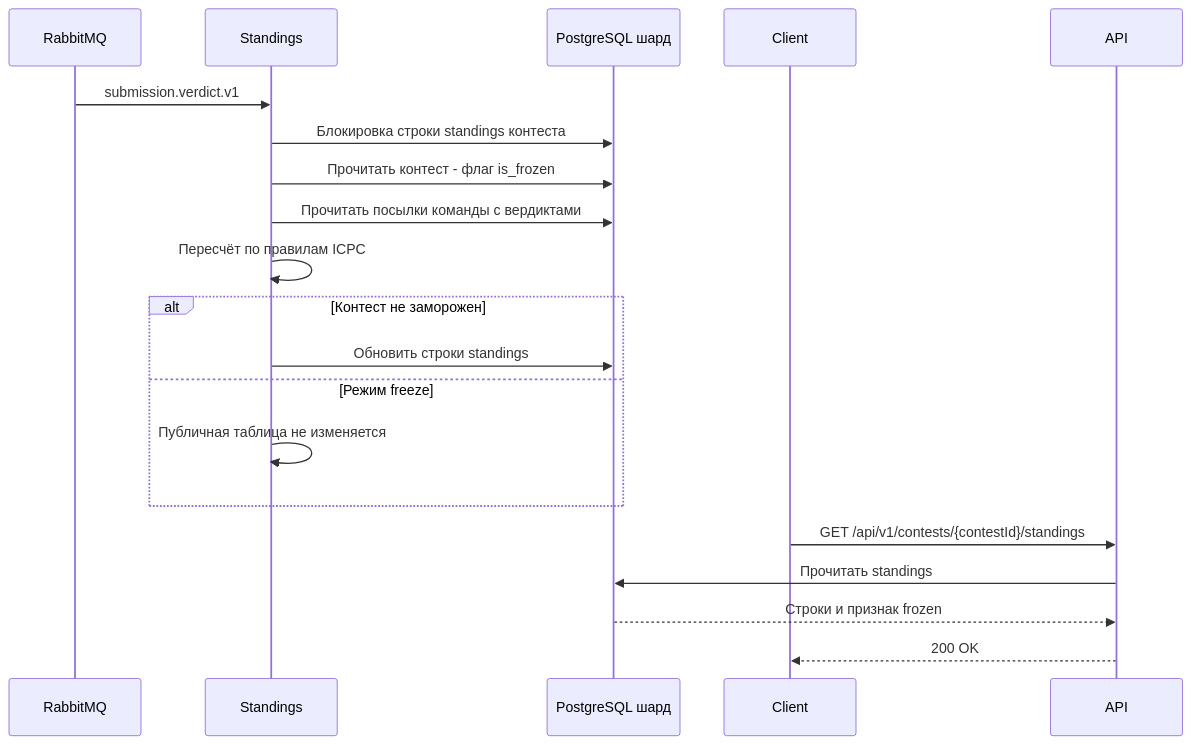
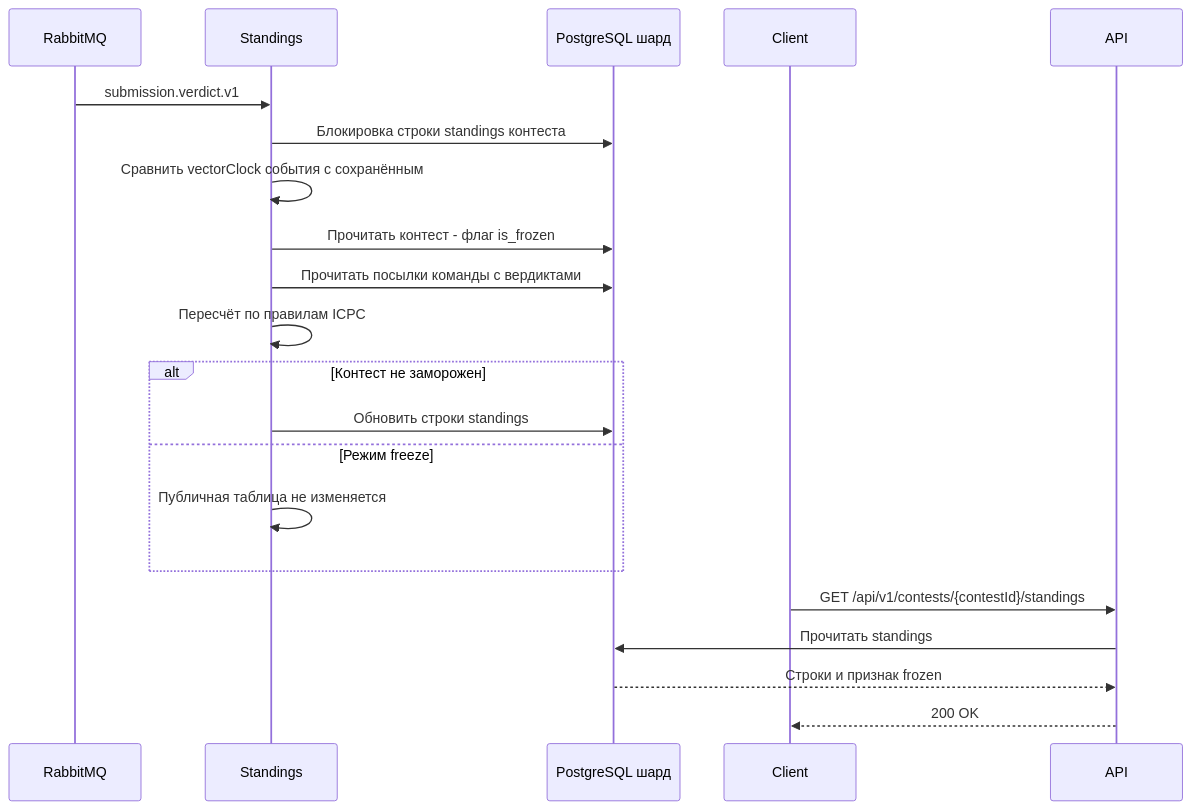
Diagram 11 of 12 in docs/tr.md (spbu-ds-practicum-2026/hotfix), drawn with Mermaid before and after one commit. The commit also changed other lines of this file, not shown here.

Commit message:
add vector clocks

````diff
--- a/docs/tr.md
+++ b/docs/tr.md
@@ -641,23 +659,24 @@
 ```mermaid
 sequenceDiagram
   participant MQ as RabbitMQ
   participant Standings
   participant DB as PostgreSQL шард
   participant Client
   participant API
 
   MQ->>Standings: submission.verdict.v1
   Standings->>DB: Блокировка строки standings контеста
+  Standings->>Standings: Сравнить vectorClock события с сохранённым
   Standings->>DB: Прочитать контест - флаг is_frozen
   Standings->>DB: Прочитать посылки команды с вердиктами
   Standings->>Standings: Пересчёт по правилам ICPC
   alt Контест не заморожен
     Standings->>DB: Обновить строки standings
   else Режим freeze
     Standings->>Standings: Публичная таблица не изменяется
   end
   Client->>API: GET /api/v1/contests/{contestId}/standings
   API->>DB: Прочитать standings
   DB-->>API: Строки и признак frozen
   API-->>Client: 200 OK
 ```
````
